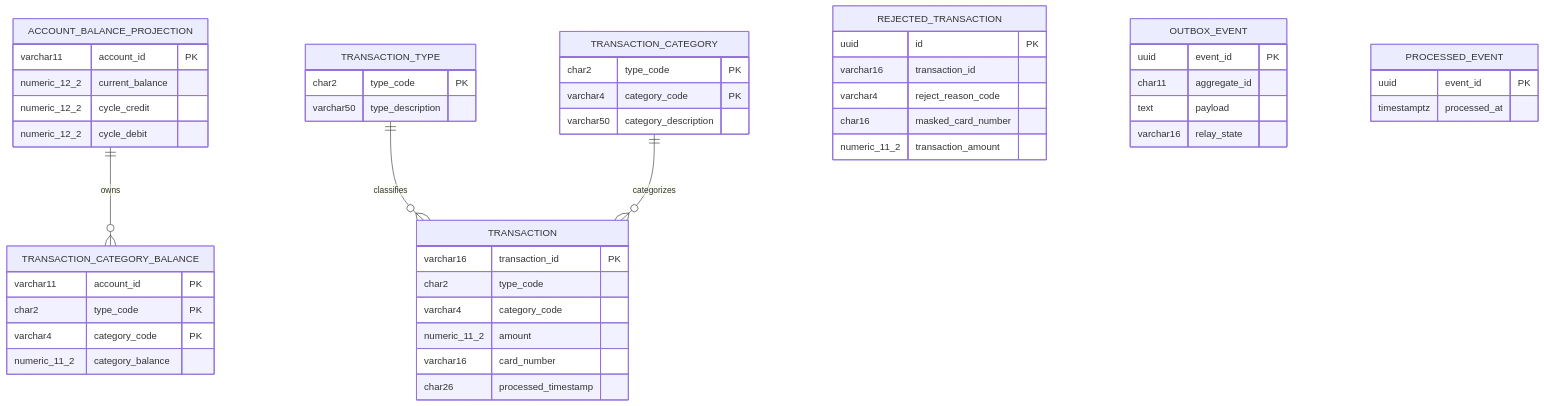
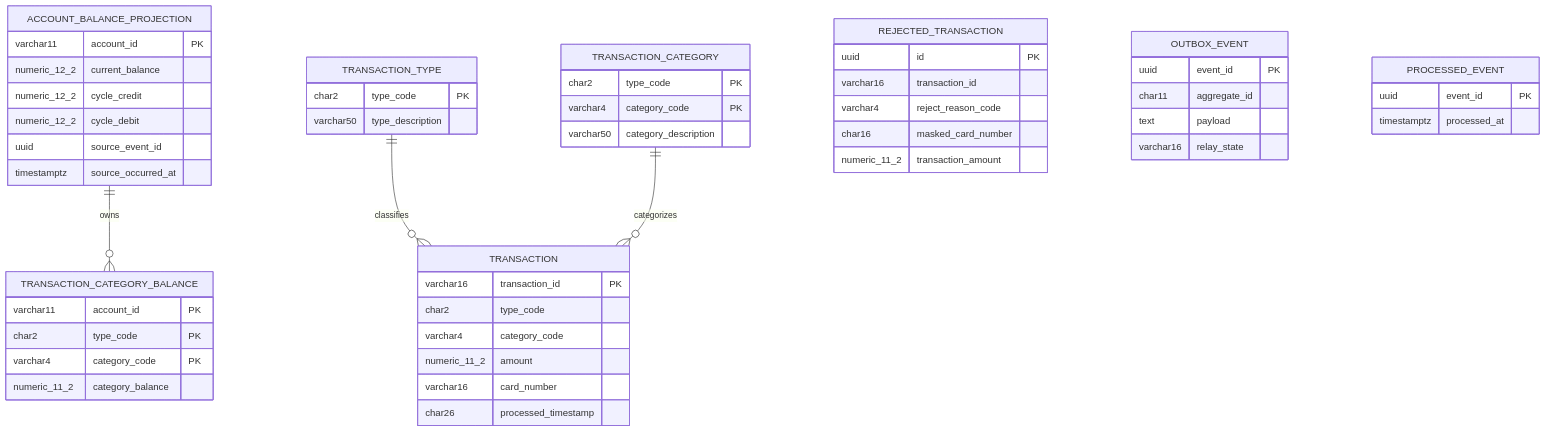
One commit to blitzy-public-samples/aws-carddemo-blitzy changed the second of 6 diagrams in card-platform/docs/data-model.md. Above: the diagram before and after it, drawn with Mermaid. The commit also changed other lines of this file and 163 other files, not shown here.

````diff
--- a/card-platform/docs/data-model.md
+++ b/card-platform/docs/data-model.md
@@ -126,53 +126,55 @@
 ```mermaid
 erDiagram
     TRANSACTION {
         varchar16 transaction_id PK
         char2 type_code
         varchar4 category_code
         numeric_11_2 amount
         varchar16 card_number
         char26 processed_timestamp
     }
     TRANSACTION_CATEGORY_BALANCE {
         varchar11 account_id PK
         char2 type_code PK
         varchar4 category_code PK
         numeric_11_2 category_balance
     }
     ACCOUNT_BALANCE_PROJECTION {
         varchar11 account_id PK
         numeric_12_2 current_balance
         numeric_12_2 cycle_credit
         numeric_12_2 cycle_debit
+        uuid source_event_id
+        timestamptz source_occurred_at
     }
     TRANSACTION_TYPE {
         char2 type_code PK
         varchar50 type_description
     }
     TRANSACTION_CATEGORY {
         char2 type_code PK
         varchar4 category_code PK
         varchar50 category_description
     }
     REJECTED_TRANSACTION {
         uuid id PK
         varchar16 transaction_id
         varchar4 reject_reason_code
         char16 masked_card_number
         numeric_11_2 transaction_amount
     }
     OUTBOX_EVENT {
         uuid event_id PK
         char11 aggregate_id
         text payload
         varchar16 relay_state
     }
     PROCESSED_EVENT {
         uuid event_id PK
         timestamptz processed_at
     }
 
     TRANSACTION_TYPE ||--o{ TRANSACTION : classifies
     TRANSACTION_CATEGORY ||--o{ TRANSACTION : categorizes
     ACCOUNT_BALANCE_PROJECTION ||--o{ TRANSACTION_CATEGORY_BALANCE : owns
 ```
````
